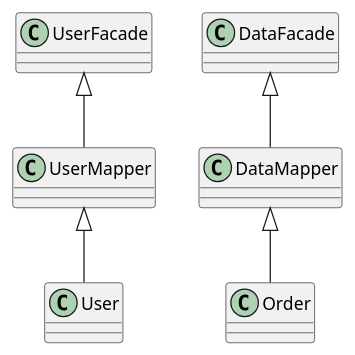
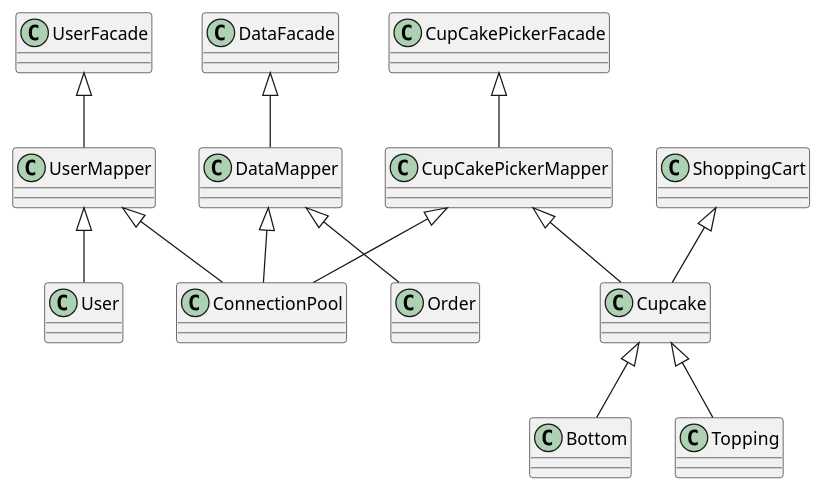
One commit to havvand/Teem3_CupCake_Project changed the diagram in documentation/Domain Model.puml. Above: the diagram before and after it, drawn with PlantUML.

Commit message:
Diagrams improved

```diff
--- a/documentation/Domain Model.puml
+++ b/documentation/Domain Model.puml
@@ -1,18 +1,33 @@
 @startuml
 'https://plantuml.com/class-diagram
 
 
 class User
 class Order
 class DataMapper
 class DataFacade
 class UserMapper
 class UserFacade
+class ConnectionPool
+class CupCakePickerMapper
+class CupCakePickerFacade
+class ShoppingCart
+class Bottom
+class Topping
+class Cupcake
 
 DataFacade <|-- DataMapper
 UserFacade <|-- UserMapper
+CupCakePickerFacade <|-- CupCakePickerMapper
 UserMapper <|-- User
+UserMapper <|-- ConnectionPool
 DataMapper <|-- Order
+DataMapper <|-- ConnectionPool
+CupCakePickerMapper <|-- ConnectionPool
+CupCakePickerMapper <|-- Cupcake
+ShoppingCart <|-- Cupcake
+Cupcake <|-- Topping
+Cupcake <|-- Bottom
 
 
 @enduml
```
